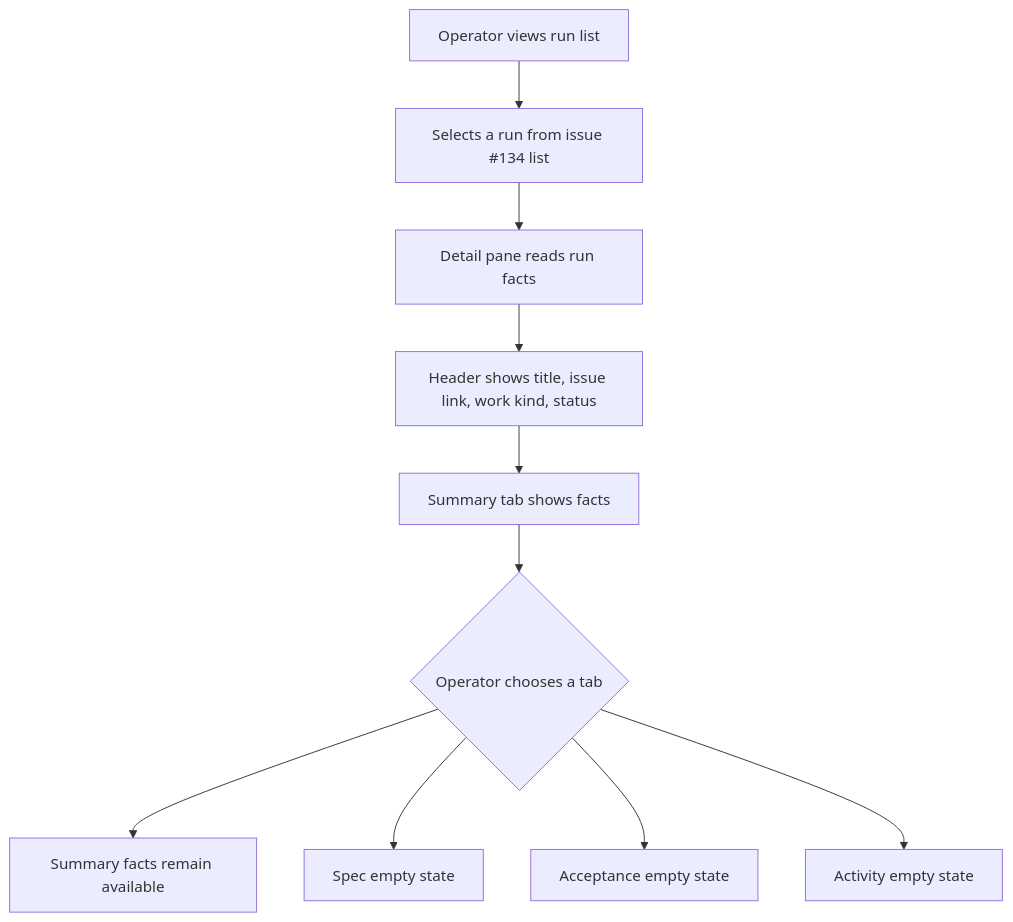
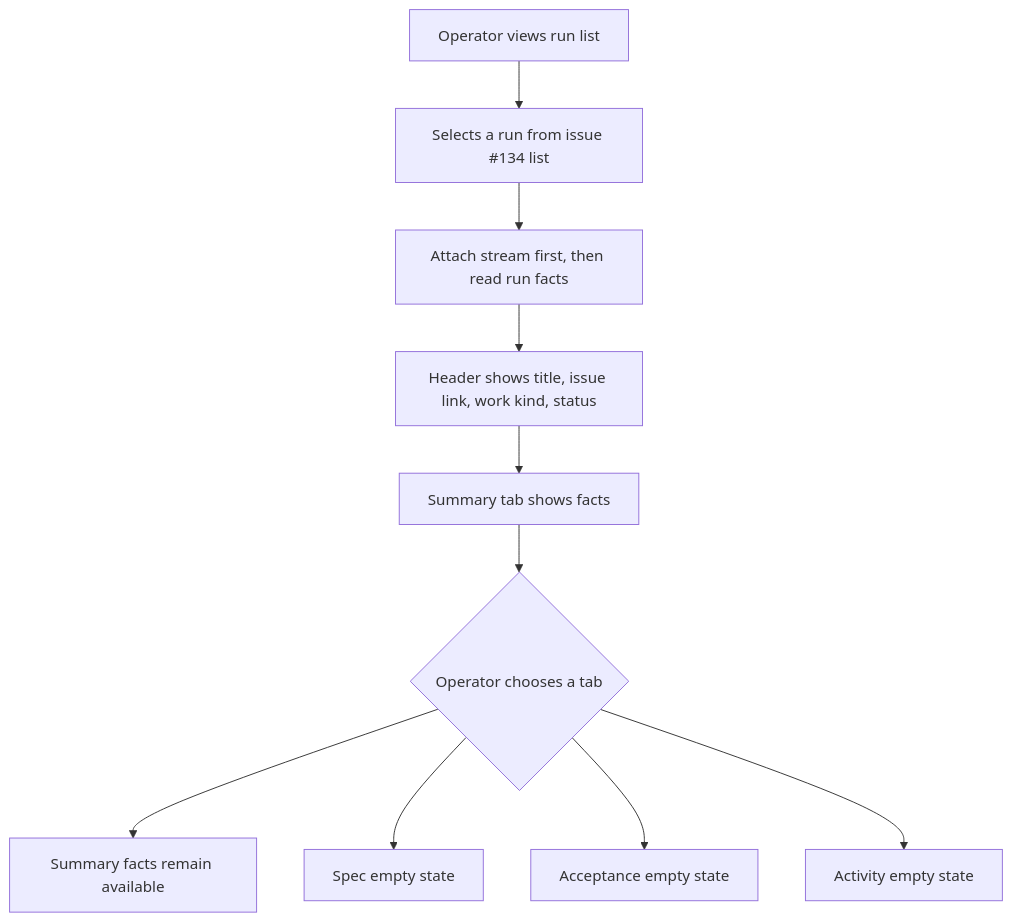
The first of 6 diagrams in context-human/specs/feature-run-detail-pane.md (markdstafford/autocatalyst), drawn with Mermaid before and after one commit. The commit also changed other lines of this file, not shown here.

Commit message:
docs: revise feature spec run-detail-pane

````diff
--- a/context-human/specs/feature-run-detail-pane.md
+++ b/context-human/specs/feature-run-detail-pane.md
@@ -96,12 +96,12 @@
 ```mermaid
 graph TD
     A[Operator views run list] --> B[Selects a run from issue #134 list]
-    B --> C[Detail pane reads run facts]
+    B --> C[Attach stream first, then read run facts]
     C --> D[Header shows title, issue link, work kind, status]
     D --> E[Summary tab shows facts]
     E --> F{Operator chooses a tab}
     F --> G[Summary facts remain available]
     F --> H[Spec empty state]
     F --> I[Acceptance empty state]
     F --> J[Activity empty state]
 ```
````
